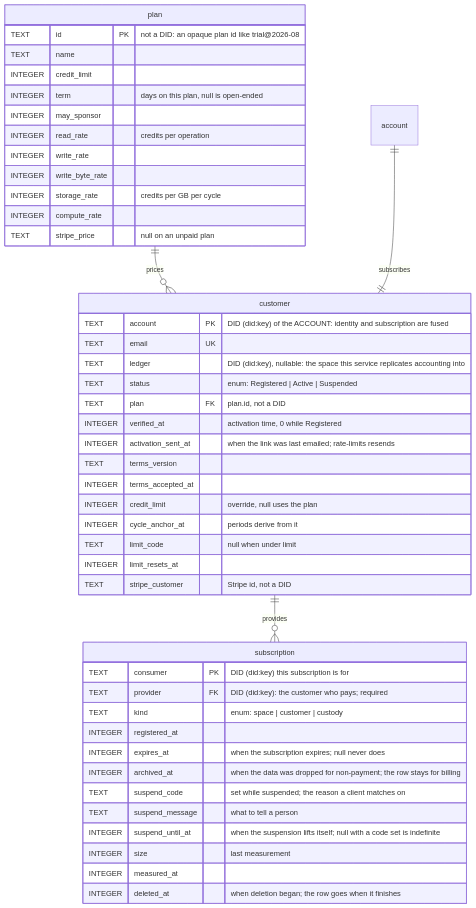
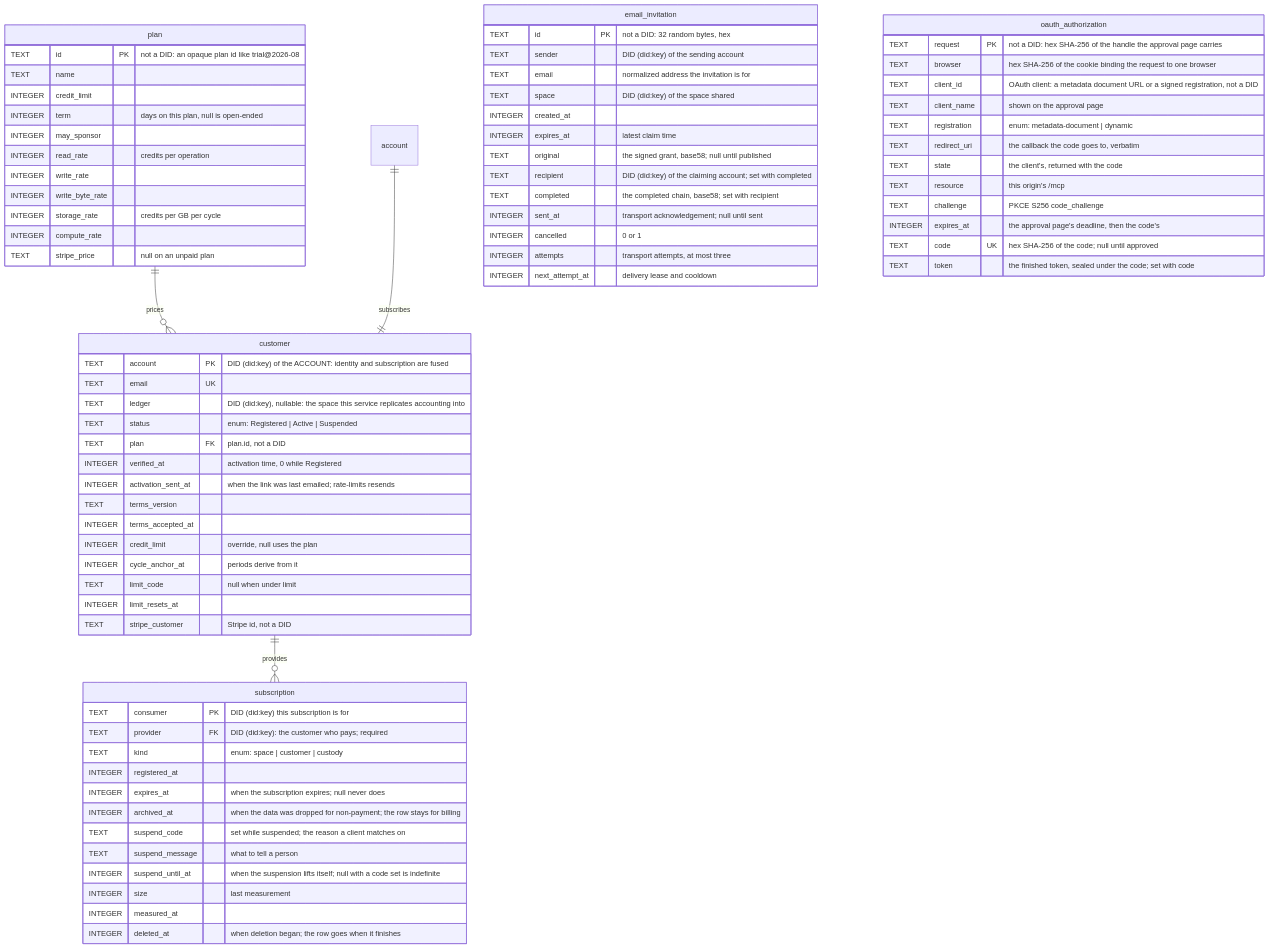
One commit to tonk-labs/tonk changed the first of 4 diagrams in docs/access-control-schema.md. Above: the diagram before and after it, drawn with Mermaid. The commit also changed other lines of this file and 95 other files, not shown here.

First line of the commit message:
feat(agent): hosted agent end to end over OAuth and the space writer (#1210)

````diff
--- a/docs/access-control-schema.md
+++ b/docs/access-control-schema.md
@@ -61,4 +61,35 @@
         INTEGER measured_at
         INTEGER deleted_at "when deletion began; the row goes when it finishes"
     }
+
+    email_invitation {
+        TEXT id PK "not a DID: 32 random bytes, hex"
+        TEXT sender "DID (did:key) of the sending account"
+        TEXT email "normalized address the invitation is for"
+        TEXT space "DID (did:key) of the space shared"
+        INTEGER created_at
+        INTEGER expires_at "latest claim time"
+        TEXT original "the signed grant, base58; null until published"
+        TEXT recipient "DID (did:key) of the claiming account; set with completed"
+        TEXT completed "the completed chain, base58; set with recipient"
+        INTEGER sent_at "transport acknowledgement; null until sent"
+        INTEGER cancelled "0 or 1"
+        INTEGER attempts "transport attempts, at most three"
+        INTEGER next_attempt_at "delivery lease and cooldown"
+    }
+
+    oauth_authorization {
+        TEXT request PK "not a DID: hex SHA-256 of the handle the approval page carries"
+        TEXT browser "hex SHA-256 of the cookie binding the request to one browser"
+        TEXT client_id "OAuth client: a metadata document URL or a signed registration, not a DID"
+        TEXT client_name "shown on the approval page"
+        TEXT registration "enum: metadata-document | dynamic"
+        TEXT redirect_uri "the callback the code goes to, verbatim"
+        TEXT state "the client's, returned with the code"
+        TEXT resource "this origin's /mcp"
+        TEXT challenge "PKCE S256 code_challenge"
+        INTEGER expires_at "the approval page's deadline, then the code's"
+        TEXT code UK "hex SHA-256 of the code; null until approved"
+        TEXT token "the finished token, sealed under the code; set with code"
+    }
 ```
````
